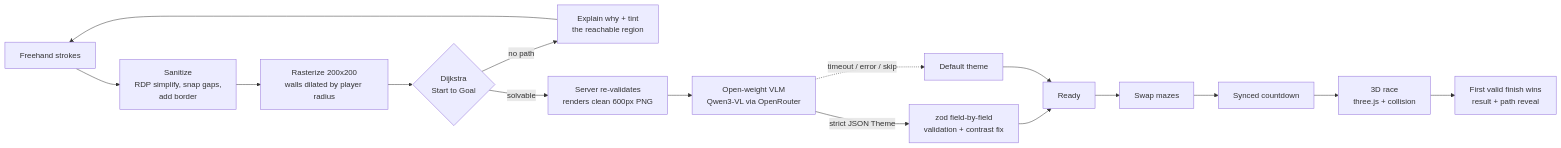
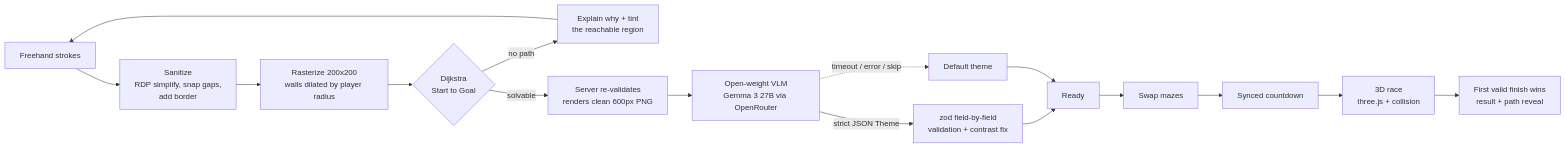
The diagram in README.md (HammadAhmedCheema/doodlemaze-duel), drawn with Mermaid before and after one commit. The commit also changed other lines of this file and 6 other files, not shown here.

First line of the commit message:
Switch default referee to Gemma 3 27B (Qwen3-VL fallback): user-turn prompts, json_object first for Gemma, response_format step-down, stubbed request tests, docs

````diff
--- a/README.md
+++ b/README.md
@@ -15,18 +15,18 @@
 ```mermaid
 flowchart LR
   A[Freehand strokes] --> B[Sanitize<br/>RDP simplify, snap gaps,<br/>add border]
   B --> C[Rasterize 200x200<br/>walls dilated by player radius]
   C --> D{Dijkstra<br/>Start to Goal}
   D -- no path --> E[Explain why + tint<br/>the reachable region]
   E --> A
   D -- solvable --> F[Server re-validates<br/>renders clean 600px PNG]
-  F --> G[Open-weight VLM<br/>Qwen3-VL via OpenRouter]
+  F --> G[Open-weight VLM<br/>Gemma 3 27B via OpenRouter]
   G -- strict JSON Theme --> H[zod field-by-field<br/>validation + contrast fix]
   G -. timeout / error / skip .-> I[Default theme]
   H --> J[Ready]
   I --> J
   J --> K[Swap mazes]
   K --> L[Synced countdown]
   L --> M[3D race<br/>three.js + collision]
   M --> N[First valid finish wins<br/>result + path reveal]
 ```
````
